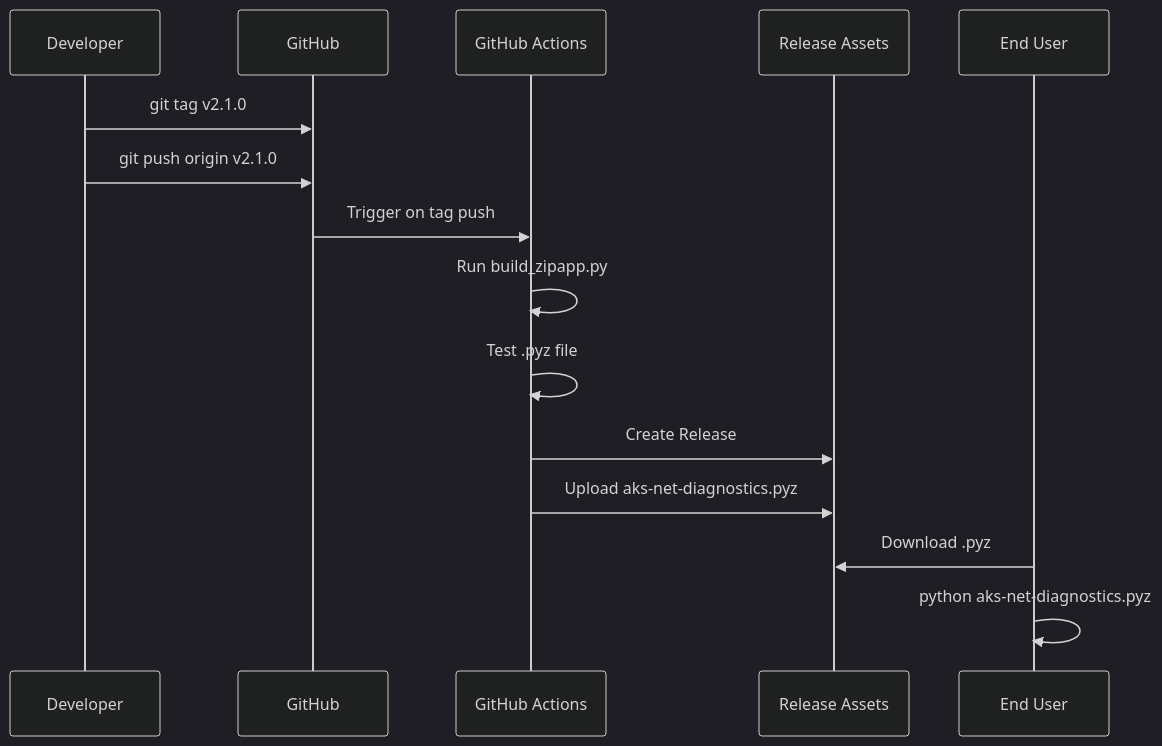
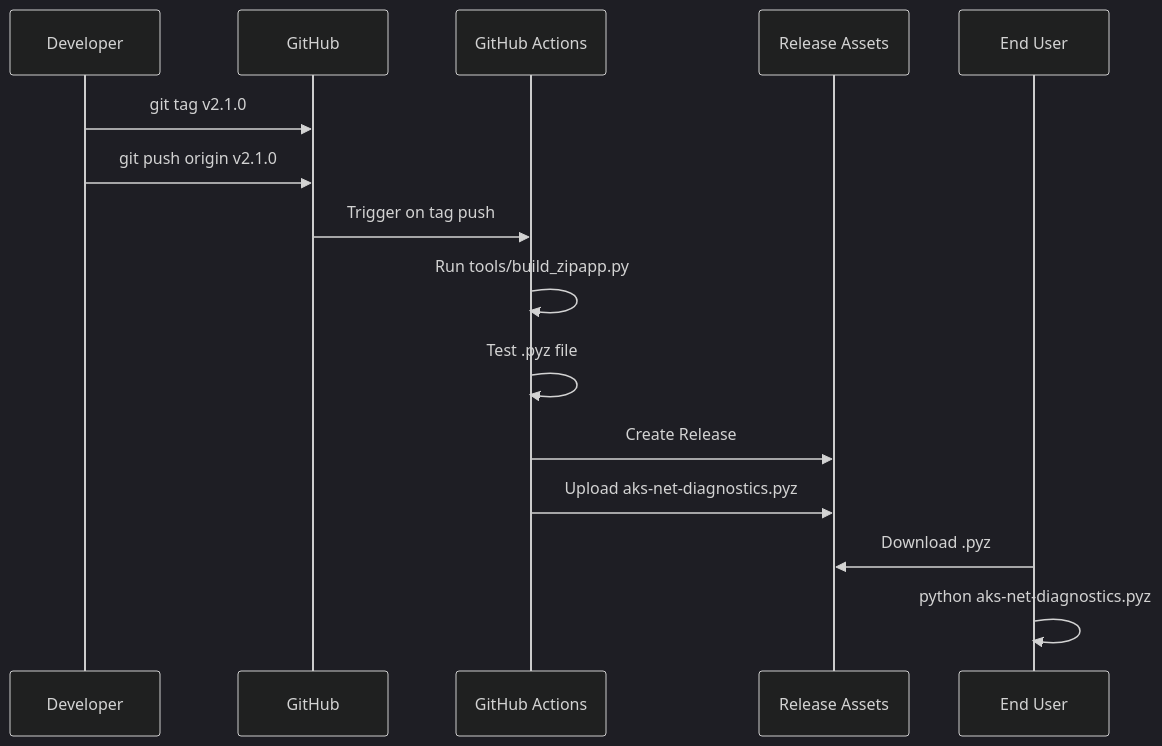
Before and after one commit to sturrent/aks-net-diagnostics: the fifth of 5 diagrams in docs/ARCHITECTURE.md, drawn with Mermaid (dark theme). The commit also changed other lines of this file and 9 other files, not shown here.

````diff
--- a/docs/ARCHITECTURE.md
+++ b/docs/ARCHITECTURE.md
@@ -583,18 +583,18 @@
 ```mermaid
 sequenceDiagram
     participant Dev as Developer
     participant Git as GitHub
     participant GHA as GitHub Actions
     participant Rel as Release Assets
     participant User as End User
     
     Dev->>Git: git tag v2.1.0
     Dev->>Git: git push origin v2.1.0
     Git->>GHA: Trigger on tag push
-    GHA->>GHA: Run build_zipapp.py
+    GHA->>GHA: Run tools/build_zipapp.py
     GHA->>GHA: Test .pyz file
     GHA->>Rel: Create Release
     GHA->>Rel: Upload aks-net-diagnostics.pyz
     User->>Rel: Download .pyz
     User->>User: python aks-net-diagnostics.pyz
 ```
````
